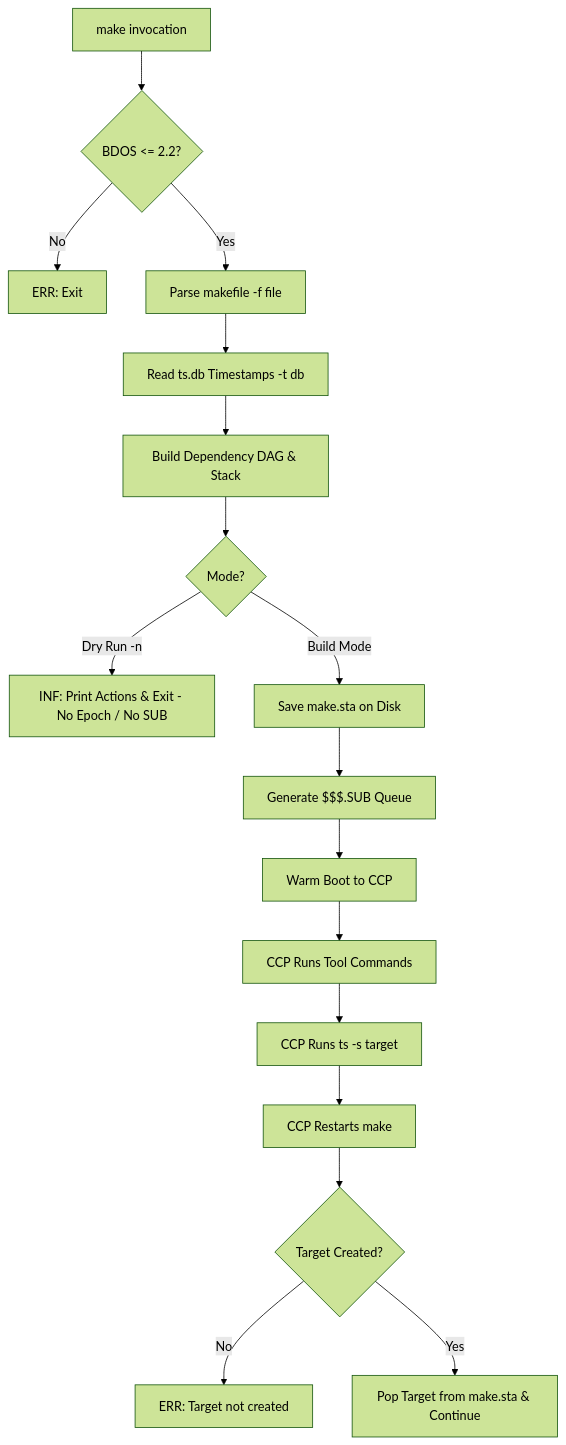
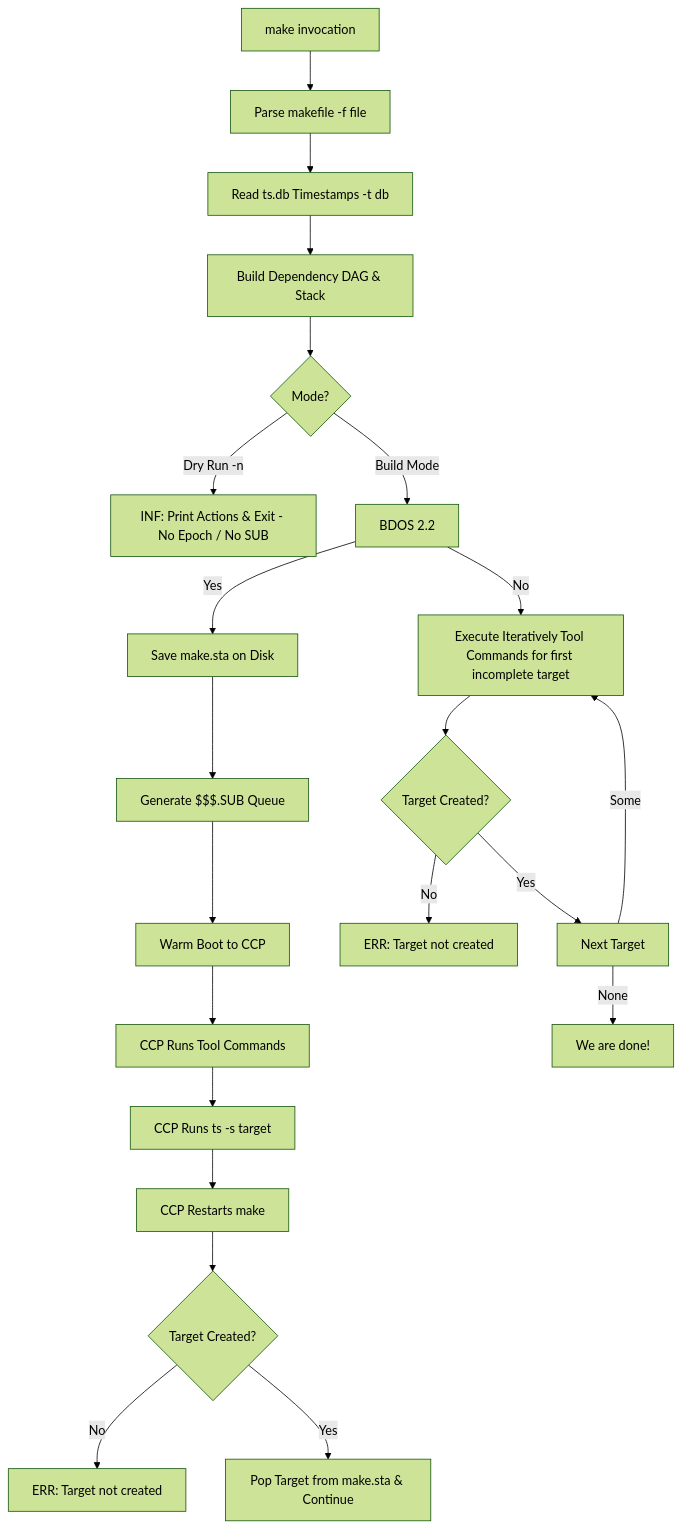
The second of 3 diagrams in README.md (tsupplis/cpm86-make), drawn with Mermaid (forest theme) before and after one commit. The commit also changed other lines of this file and 18 other files, not shown here.

````diff
--- a/README.md
+++ b/README.md
@@ -156,19 +156,24 @@
 ```mermaid
 flowchart TD
-    A[make invocation] --> B{BDOS <= 2.2?}
-    B -->|No| C[ERR: Exit]
-    B -->|Yes| D[Parse makefile -f file]
+    A[make invocation] --> D[Parse makefile -f file]
     D --> E[Read ts.db Timestamps -t db]
     E --> F[Build Dependency DAG & Stack]
     F --> G{Mode?}
     G -->|Dry Run -n| H[INF: Print Actions & Exit - No Epoch / No SUB]
-    G -->|Build Mode| I[Save make.sta on Disk]
+    G -->|Build Mode| B[BDOS 2.2]
+    B -->|Yes| I[Save make.sta on Disk]
+    B -->|No| S[Execute Iteratively Tool Commands for first incomplete target]
     I --> J[Generate $$$.SUB Queue]
     J --> K[Warm Boot to CCP]
     K --> L[CCP Runs Tool Commands]
     L --> M[CCP Runs ts -s target]
     M --> N[CCP Restarts make]
     N --> O{Target Created?}
     O -->|No| P[ERR: Target not created]
     O -->|Yes| Q[Pop Target from make.sta & Continue]
+    S --> T{Target Created?}
+    T -->|No| R[ERR: Target not created]
+    T -->|Yes| U[Next Target]
+    U -->|None| V[We are done!]
+    U -->|Some| S
 ```
````
